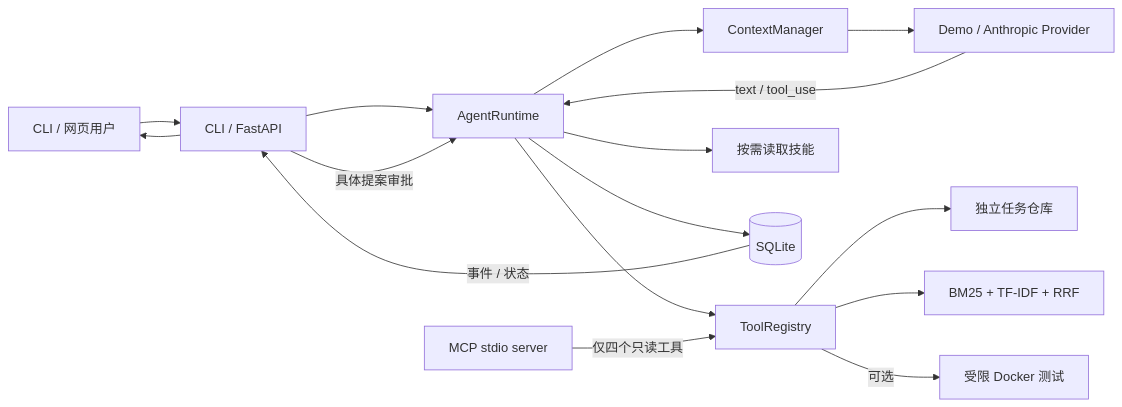
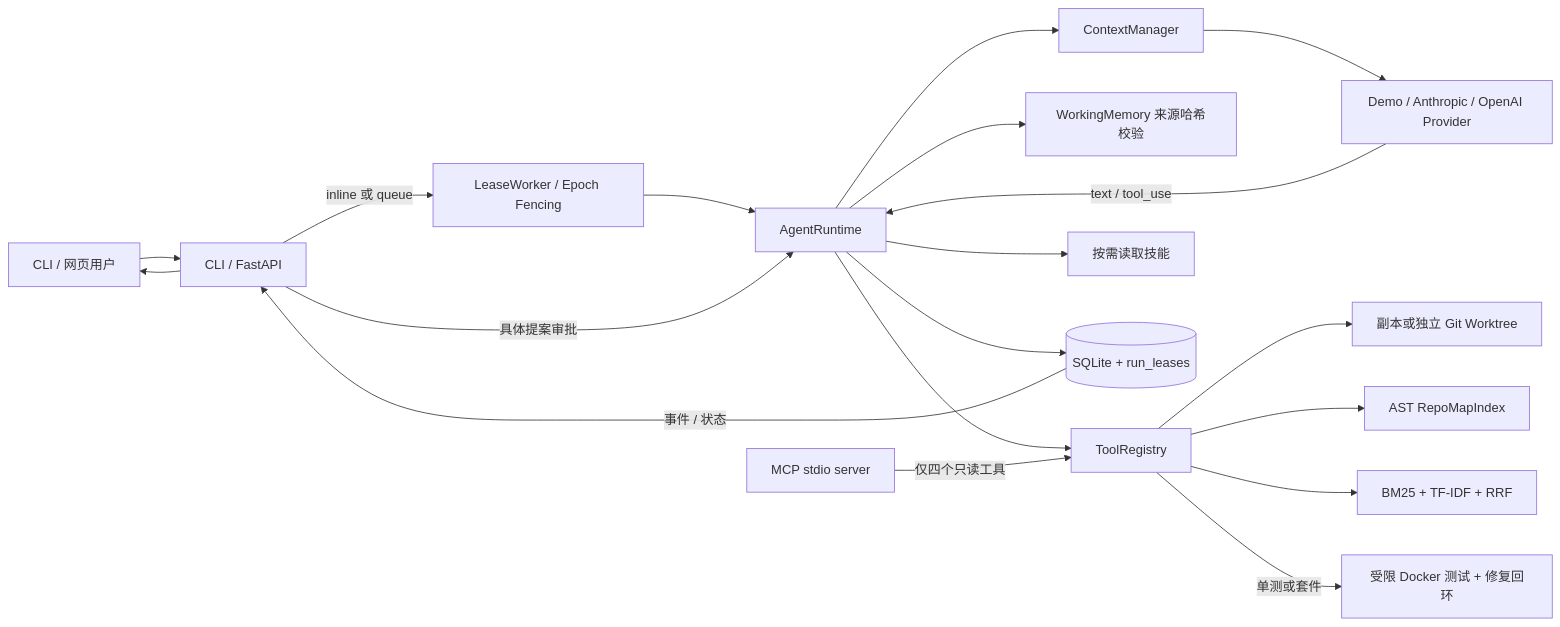
Before and after one commit to CambridgeZ/agent-systems-lab: the first of 3 diagrams in docs/architecture.md, drawn with Mermaid. The commit also changed other lines of this file and 50 other files, not shown here.

Commit message:
Implement Git worktrees, repair loop, model benchmark, epoch leases, AST RepoMap, and working memory

````diff
--- a/docs/architecture.md
+++ b/docs/architecture.md
@@ -9,18 +9,21 @@
 ```mermaid
 flowchart LR
     User[CLI / 网页用户] --> API[CLI / FastAPI]
-    API --> Runtime[AgentRuntime]
+    API -->|inline 或 queue| Lease[LeaseWorker / Epoch Fencing]
+    Lease --> Runtime[AgentRuntime]
     Runtime --> Context[ContextManager]
-    Context --> Provider[Demo / Anthropic Provider]
+    Runtime --> WM[WorkingMemory 来源哈希校验]
+    Context --> Provider[Demo / Anthropic / OpenAI Provider]
     Provider -->|text / tool_use| Runtime
     Runtime --> Registry[ToolRegistry]
-    Registry --> Repo[独立任务仓库]
+    Registry --> Repo[副本或独立 Git Worktree]
+    Registry --> RepoMap[AST RepoMapIndex]
     Registry --> KB[BM25 + TF-IDF + RRF]
     Runtime --> Skills[按需读取技能]
-    Runtime --> Storage[(SQLite)]
+    Runtime --> Storage[(SQLite + run_leases)]
     API -->|具体提案审批| Runtime
-    Registry -->|可选| Docker[受限 Docker 测试]
+    Registry -->|单测或套件| Docker[受限 Docker 测试 + 修复回环]
     Storage -->|事件 / 状态| API
     API --> User
     MCP[MCP stdio server] -->|仅四个只读工具| Registry
 ```
````
